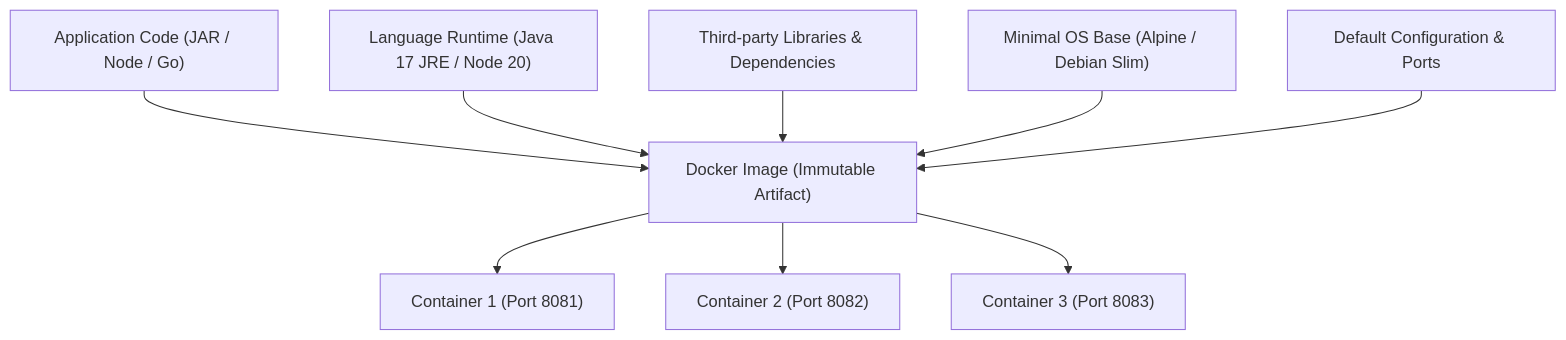
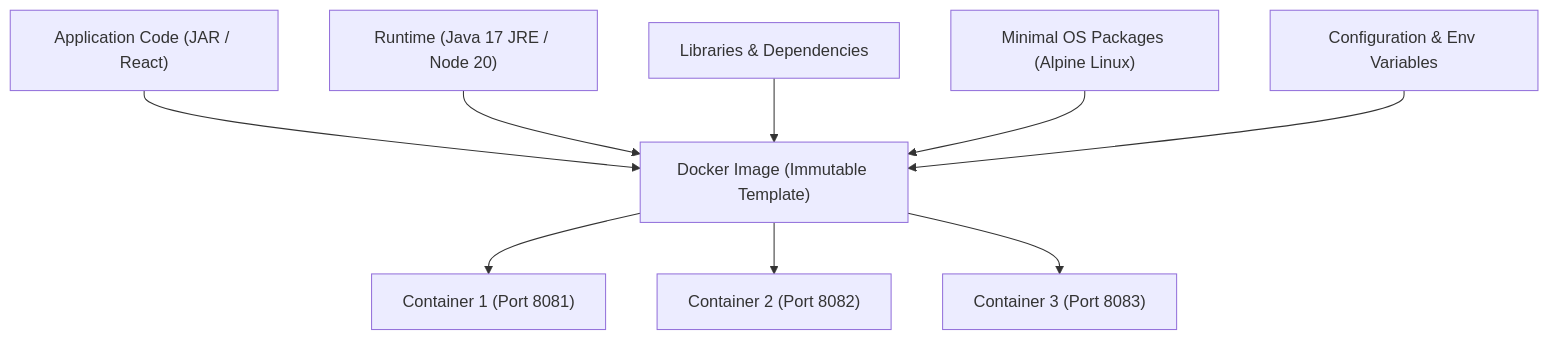
One commit to rohithgowda18/Notes changed the first of 14 diagrams in 07-Backend-Engineering/Docker.md. Above: the diagram before and after it, drawn with Mermaid. The commit also changed other lines of this file, not shown here.

Commit message:
docs(docker): prune low-frequency DevOps topics and focus on high-yield placement Q&A

````diff
--- a/07-Backend-Engineering/Docker.md
+++ b/07-Backend-Engineering/Docker.md
@@ -84,18 +50,18 @@
 ```mermaid
 flowchart TD
-    App["Application Code (JAR / Node / Go)"]
-    Runtime["Language Runtime (Java 17 JRE / Node 20)"]
-    Libs["Third-party Libraries & Dependencies"]
-    OSPkg["Minimal OS Base (Alpine / Debian Slim)"]
-    Config["Default Configuration & Ports"]
+    App["Application Code (JAR / React)"]
+    Runtime["Runtime (Java 17 JRE / Node 20)"]
+    Libs["Libraries & Dependencies"]
+    OSPkg["Minimal OS Packages (Alpine Linux)"]
+    Config["Configuration & Env Variables"]
 
-    App --> Image["Docker Image (Immutable Artifact)"]
+    App --> Image["Docker Image (Immutable Template)"]
     Runtime --> Image
     Libs --> Image
     OSPkg --> Image
     Config --> Image
 
     Image --> C1["Container 1 (Port 8081)"]
     Image --> C2["Container 2 (Port 8082)"]
     Image --> C3["Container 3 (Port 8083)"]
 ```
````
